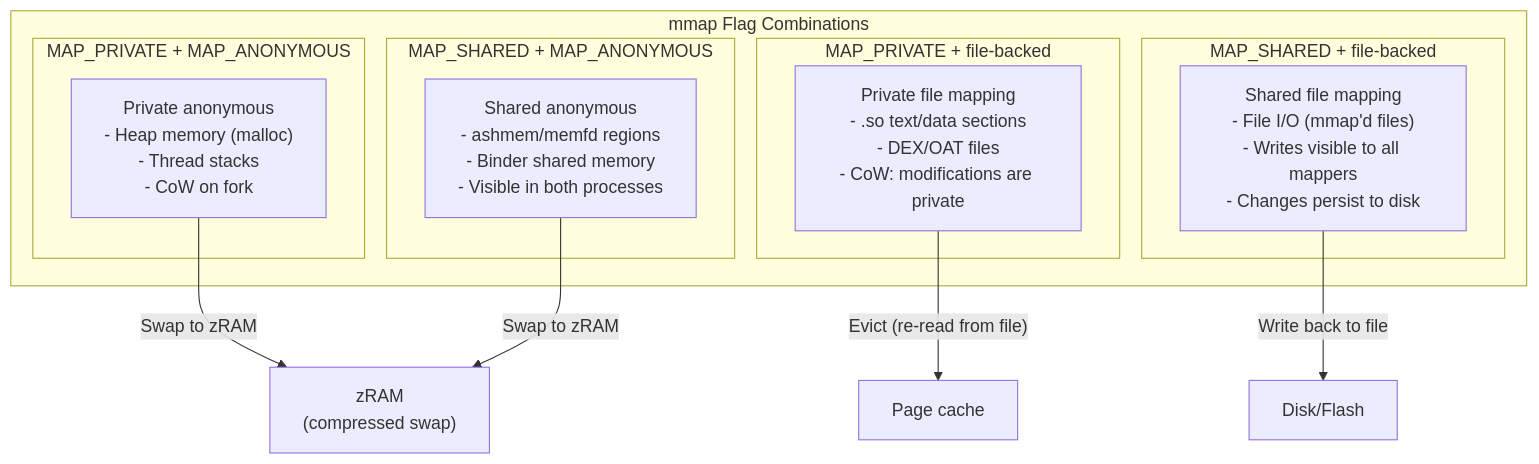
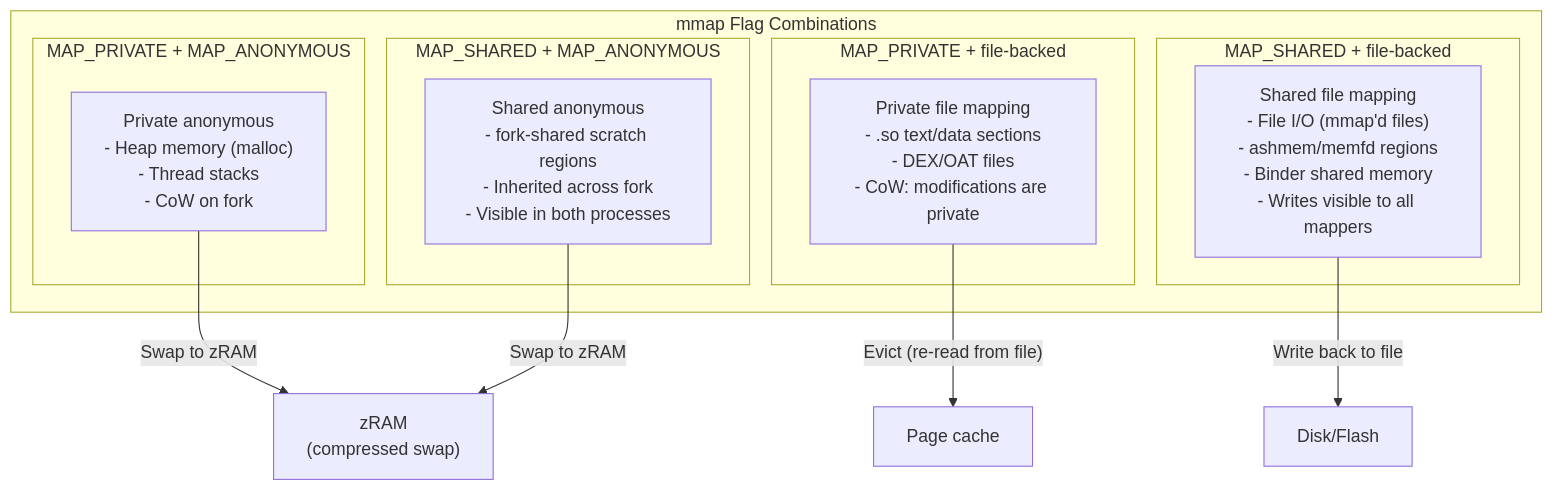
Diagram 20 of 36 in agents/claude/skills/aosp-native-foundation/08-memory-management.md (aospbooks/aosp-internal-book), drawn with Mermaid before and after one commit. The commit also changed other lines of this file and 218 other files, not shown here.

First line of the commit message:
Fix accuracy issues across all chapters found by source verification

````diff
--- a/agents/claude/skills/aosp-native-foundation/08-memory-management.md
+++ b/agents/claude/skills/aosp-native-foundation/08-memory-management.md
@@ -2372,25 +2469,25 @@
 ```mermaid
 graph TD
     subgraph "mmap Flag Combinations"
         subgraph "MAP_PRIVATE + MAP_ANONYMOUS"
             PA["Private anonymous<br/>- Heap memory (malloc)<br/>- Thread stacks<br/>- CoW on fork"]
         end
 
         subgraph "MAP_SHARED + MAP_ANONYMOUS"
-            SA["Shared anonymous<br/>- ashmem/memfd regions<br/>- Binder shared memory<br/>- Visible in both processes"]
+            SA["Shared anonymous<br/>- fork-shared scratch regions<br/>- Inherited across fork<br/>- Visible in both processes"]
         end
 
         subgraph "MAP_PRIVATE + file-backed"
             PF["Private file mapping<br/>- .so text/data sections<br/>- DEX/OAT files<br/>- CoW: modifications are private"]
         end
 
         subgraph "MAP_SHARED + file-backed"
-            SF["Shared file mapping<br/>- File I/O (mmap'd files)<br/>- Writes visible to all mappers<br/>- Changes persist to disk"]
+            SF["Shared file mapping<br/>- File I/O (mmap'd files)<br/>- ashmem/memfd regions<br/>- Binder shared memory<br/>- Writes visible to all mappers"]
         end
     end
 
     PA -->|"Swap to zRAM"| zRAM["zRAM<br/>(compressed swap)"]
     SA -->|"Swap to zRAM"| zRAM
     PF -->|"Evict (re-read from file)"| PageCache["Page cache"]
     SF -->|"Write back to file"| Disk["Disk/Flash"]
 ```
````
